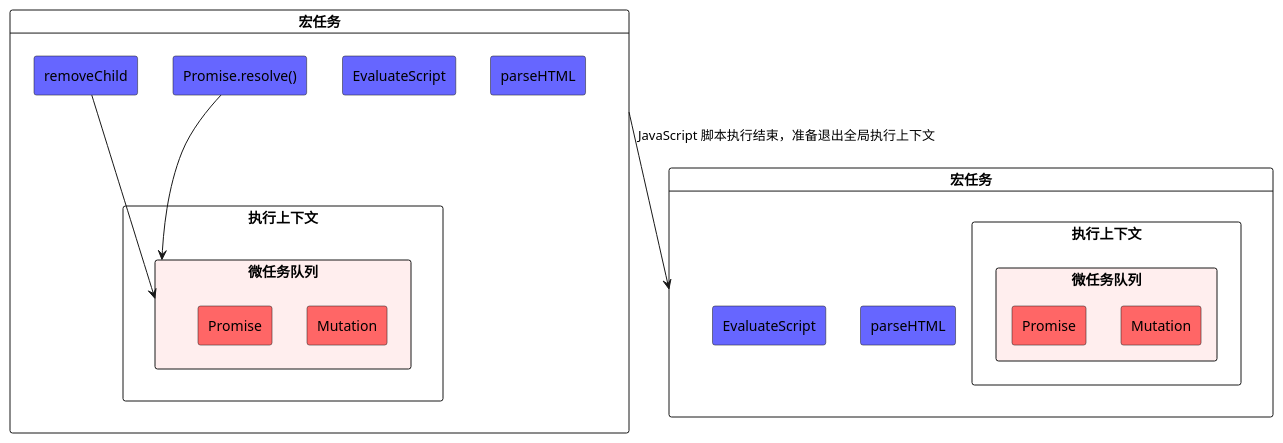
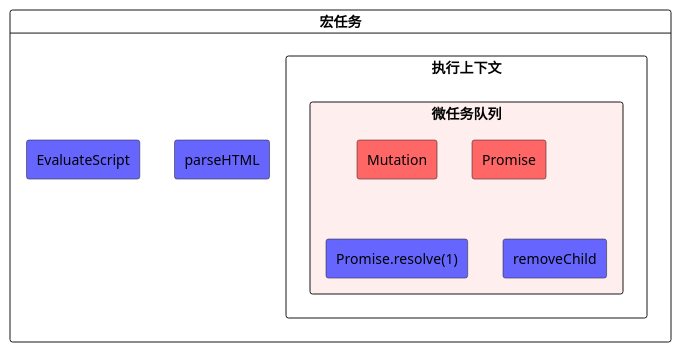
One commit to HelenZhangLP/blog changed the fourth of 7 diagrams in source/_posts/浏览器工作原理（N）宏任务与微任务.md. Above: the diagram before and after it, drawn with PlantUML. The commit also changed other lines of this file and 4 other files, not shown here.

```diff
--- a/source/_posts/浏览器工作原理（N）宏任务与微任务.md
+++ b/source/_posts/浏览器工作原理（N）宏任务与微任务.md
@@ -87,31 +109,15 @@
 {%plantuml%}
 skinparam componentStyle rectangle
 card 宏任务 {
   component parseHTML #66F
   component EvaluateScript #66f
   component 执行上下文 {
     component 微任务队列 #fee {
       component Mutation #f66
       component Promise #f66
-    }
-  }
-  component "Promise.resolve()" as resolve #66F
-  component removeChild #66f
-
-  resolve --> 微任务队列
-  removeChild --> 微任务队列
-}
-
-card 宏任务 as task2 {
-  component parseHTML as parseHTML2 #66F
-  component EvaluateScript as EvaluateScript2 #66f
-  component 执行上下文 as context {
-    component 微任务队列 as tasklist #fee {
-      component Mutation as mutation1 #f66
-      component Promise as Promise1 #f66
+      component "Promise.resolve(1)" as resolve #66F
+      component removeChild #66f
     }
   }
 }
-
-宏任务 --> task2: JavaScript 脚本执行结束，准备退出全局执行上下文
 {%endplantuml%}
```
